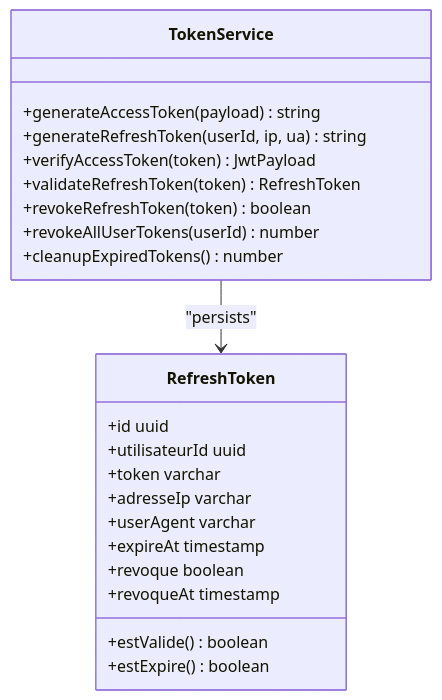
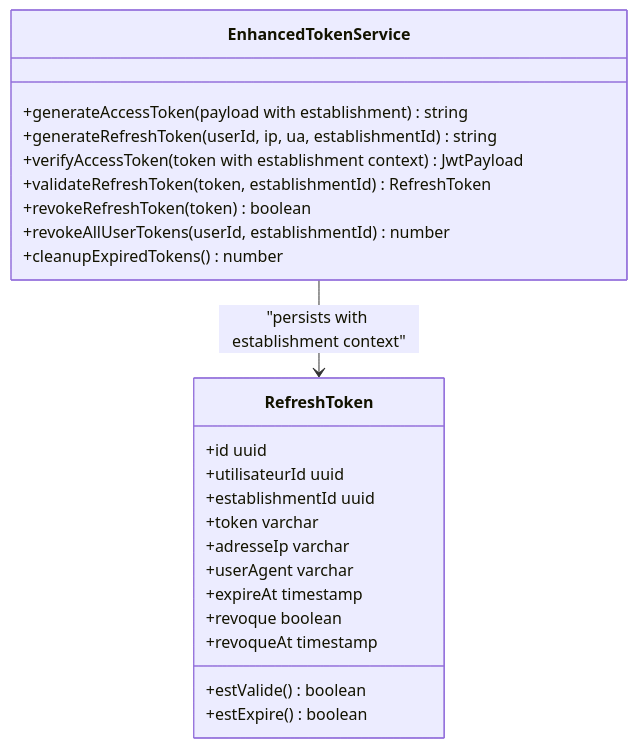
The fourth of 9 diagrams in .qoder/repowiki/en/content/Modules & Features/Administrative Modules/Security & Governance/Security & Governance.md (franckylab/eLISAschool), drawn with Mermaid before and after one commit. The commit also changed other lines of this file and 67 other files, not shown here.

````diff
--- a/.qoder/repowiki/en/content/Modules & Features/Administrative Modules/Security & Governance/Security & Governance.md
+++ b/.qoder/repowiki/en/content/Modules & Features/Administrative Modules/Security & Governance/Security & Governance.md
@@ -232,25 +306,26 @@
 ```mermaid
 classDiagram
-class TokenService {
-+generateAccessToken(payload) string
-+generateRefreshToken(userId, ip, ua) string
-+verifyAccessToken(token) JwtPayload
-+validateRefreshToken(token) RefreshToken
+class EnhancedTokenService {
++generateAccessToken(payload with establishment) string
++generateRefreshToken(userId, ip, ua, establishmentId) string
++verifyAccessToken(token with establishment context) JwtPayload
++validateRefreshToken(token, establishmentId) RefreshToken
 +revokeRefreshToken(token) boolean
-+revokeAllUserTokens(userId) number
++revokeAllUserTokens(userId, establishmentId) number
 +cleanupExpiredTokens() number
 }
 class RefreshToken {
 +id uuid
 +utilisateurId uuid
++establishmentId uuid
 +token varchar
 +adresseIp varchar
 +userAgent varchar
 +expireAt timestamp
 +revoque boolean
 +revoqueAt timestamp
 +estValide() boolean
 +estExpire() boolean
 }
-TokenService --> RefreshToken : "persists"
+EnhancedTokenService --> RefreshToken : "persists with establishment context"
 ```
````
